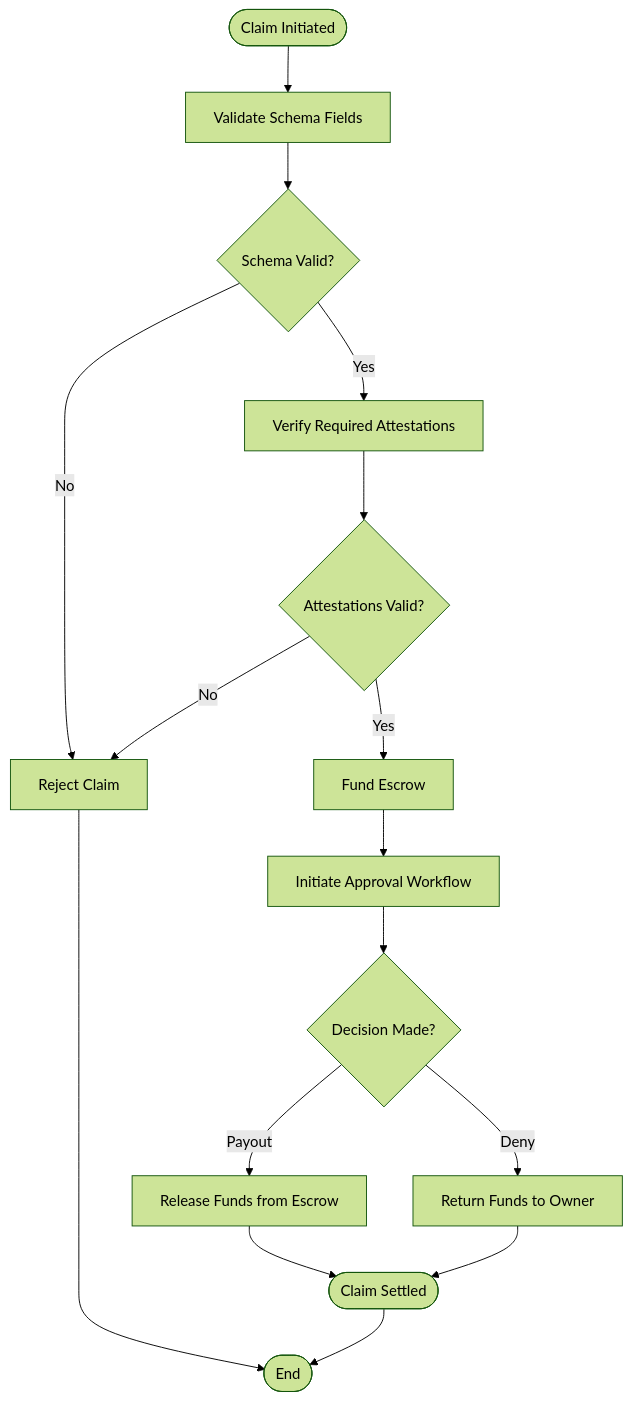
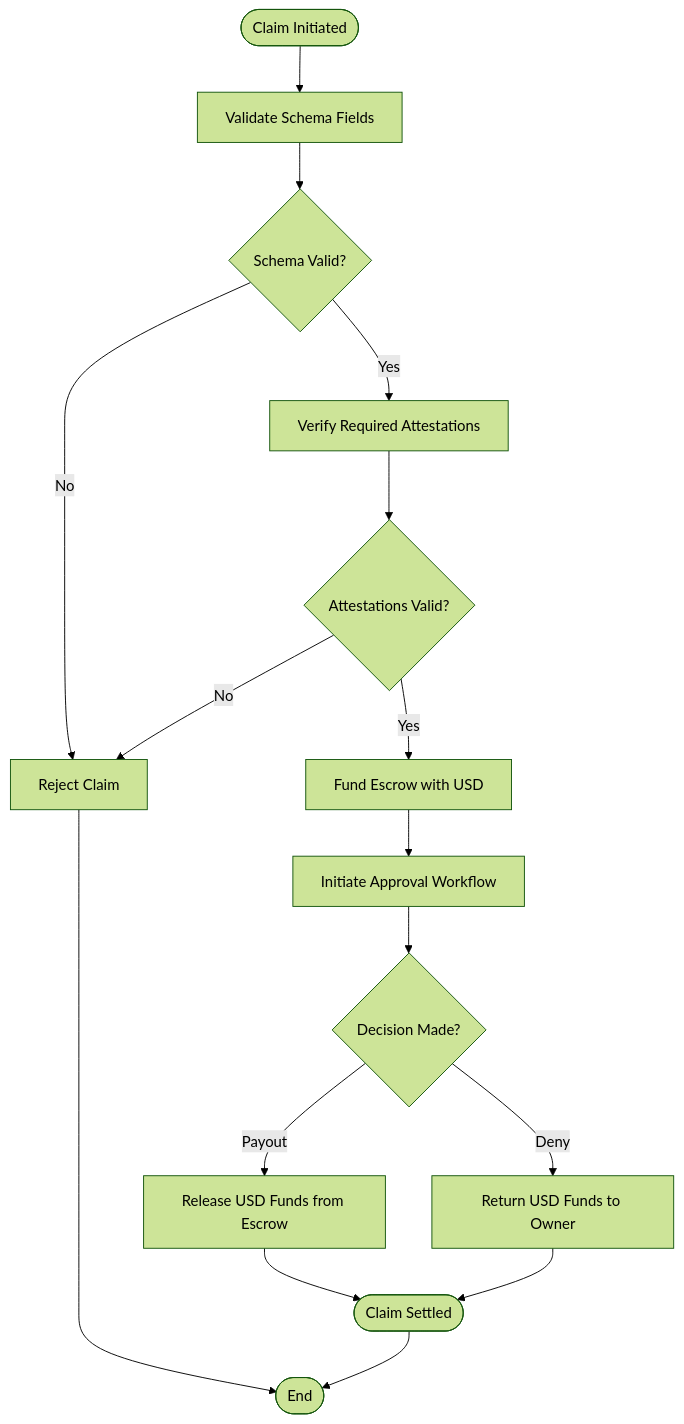
Before and after one commit to hieudepoet/Insurix: the fifth of 6 diagrams in .qoder/repowiki/en/content/Architecture Overview/Smart Contract Architecture.md, drawn with Mermaid (forest theme). The commit also changed other lines of this file and 63 other files, not shown here.

````diff
--- a/.qoder/repowiki/en/content/Architecture Overview/Smart Contract Architecture.md
+++ b/.qoder/repowiki/en/content/Architecture Overview/Smart Contract Architecture.md
@@ -264,18 +277,18 @@
 ```mermaid
 flowchart TD
 Start([Claim Initiated]) --> ValidateSchema["Validate Schema Fields"]
 ValidateSchema --> SchemaValid{"Schema Valid?"}
 SchemaValid --> |No| Reject["Reject Claim"]
 SchemaValid --> |Yes| CheckAttestations["Verify Required Attestations"]
 CheckAttestations --> AttestationsValid{"Attestations Valid?"}
 AttestationsValid --> |No| Reject
-AttestationsValid --> |Yes| FundEscrow["Fund Escrow"]
+AttestationsValid --> |Yes| FundEscrow["Fund Escrow with USD"]
 FundEscrow --> ApproveReview["Initiate Approval Workflow"]
 ApproveReview --> Decision{"Decision Made?"}
-Decision --> |Payout| Payout["Release Funds from Escrow"]
-Decision --> |Deny| Deny["Return Funds to Owner"]
+Decision --> |Payout| Payout["Release USD Funds from Escrow"]
+Decision --> |Deny| Deny["Return USD Funds to Owner"]
 Payout --> Complete([Claim Settled])
 Deny --> Complete
 Reject --> End([End])
 Complete --> End
 ```
````
